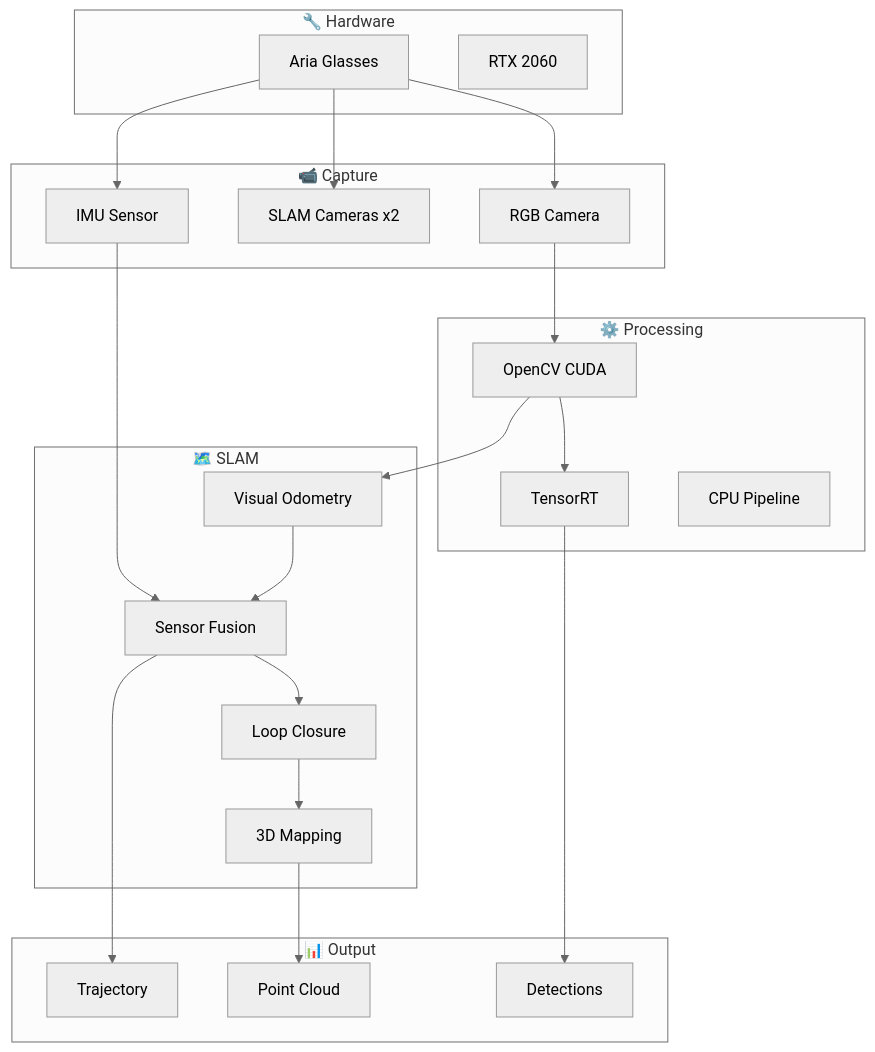
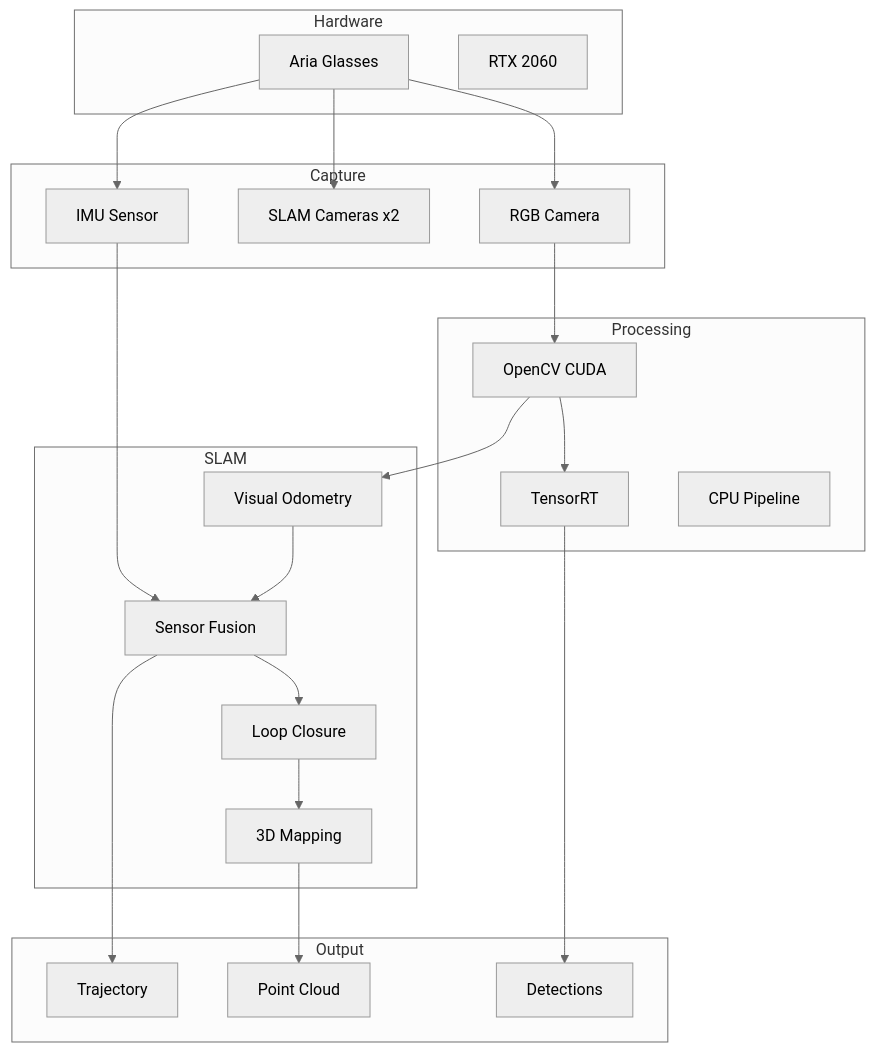
One commit to robertteleng/aria-slam changed the third of 10 diagrams in README.md. Above: the diagram before and after it, drawn with Mermaid (neutral theme). The commit also changed other lines of this file, not shown here.

````diff
--- a/README.md
+++ b/README.md
@@ -142,49 +142,49 @@
 ```mermaid
 flowchart TD
-    subgraph Hardware["🔧 Hardware"]
+    subgraph Hardware["Hardware"]
         ARIA[Aria Glasses]
         GPU[RTX 2060]
     end
-    
-    subgraph Capture["📹 Capture"]
+
+    subgraph Capture["Capture"]
         RGB[RGB Camera]
         SLAM_CAM[SLAM Cameras x2]
         IMU_S[IMU Sensor]
     end
-    
-    subgraph Processing["⚙️ Processing"]
+
+    subgraph Processing["Processing"]
         CUDA[OpenCV CUDA]
         TRT[TensorRT]
         CPU[CPU Pipeline]
     end
-    
-    subgraph SLAM["🗺️ SLAM"]
+
+    subgraph SLAM["SLAM"]
         VO[Visual Odometry]
         FUSION[Sensor Fusion]
         LOOP[Loop Closure]
         MAPPING[3D Mapping]
     end
-    
-    subgraph Output["📊 Output"]
+
+    subgraph Output["Output"]
         TRAJ[Trajectory]
         MAP[Point Cloud]
         DET[Detections]
     end
-    
+
     ARIA --> RGB
     ARIA --> SLAM_CAM
     ARIA --> IMU_S
-    
+
     RGB --> CUDA
     CUDA --> VO
     IMU_S --> FUSION
     VO --> FUSION
     FUSION --> LOOP
     LOOP --> MAPPING
-    
+
     CUDA --> TRT
     TRT --> DET
-    
+
     MAPPING --> MAP
     FUSION --> TRAJ
 ```
````
